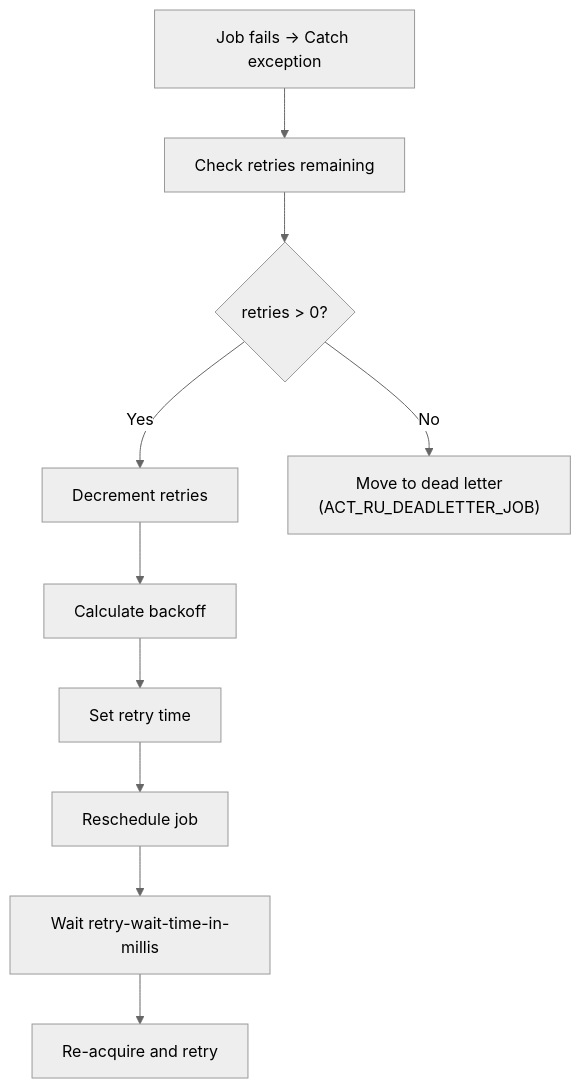
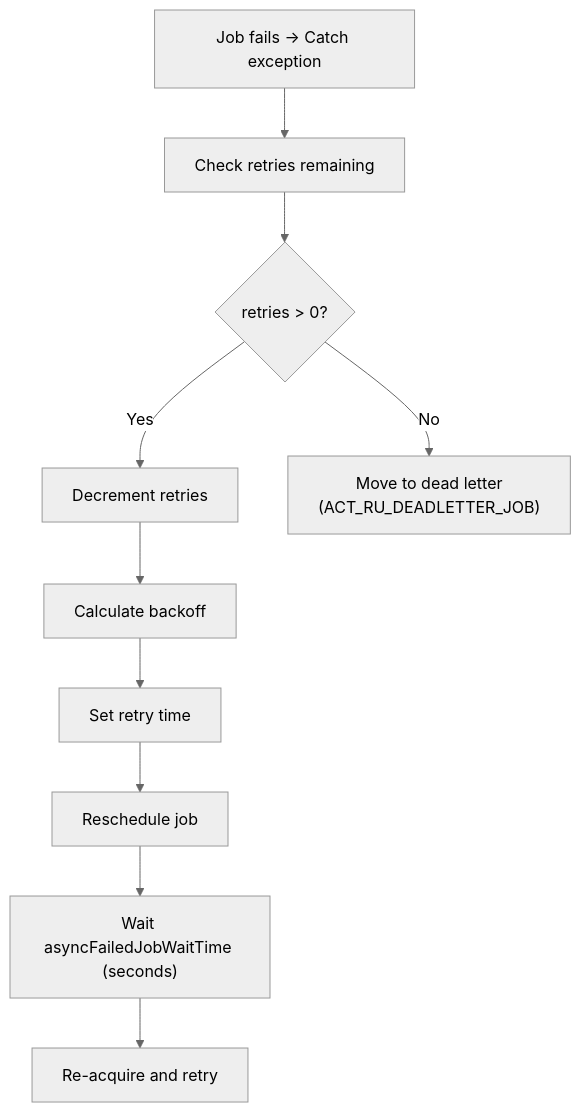
Before and after one commit to CaptainGlac1er/activiti-documentation: the second of 2 diagrams in docs/api-reference/engine-api/async-execution.md, drawn with Mermaid (neutral theme). The commit also changed other lines of this file and 72 other files, not shown here.

````diff
--- a/docs/api-reference/engine-api/async-execution.md
+++ b/docs/api-reference/engine-api/async-execution.md
@@ -247,15 +226,15 @@
 ```mermaid
 flowchart TD
     Fail["Job fails → Catch exception"]
     Fail --> Check["Check retries remaining"]
     Check --> Decision{retries > 0?}
     
     Decision -->|Yes| Decrement["Decrement retries"]
     Decrement --> Backoff["Calculate backoff"]
     Backoff --> SetTime["Set retry time"]
     SetTime --> Reschedule["Reschedule job"]
-    Reschedule --> Wait["Wait retry-wait-time-in-millis"]
+    Reschedule --> Wait["Wait asyncFailedJobWaitTime (seconds)"]
     Wait --> Retry["Re-acquire and retry"]
     
     Decision -->|No| DeadLetter["Move to dead letter<br>(ACT_RU_DEADLETTER_JOB)"]
 ```
````
